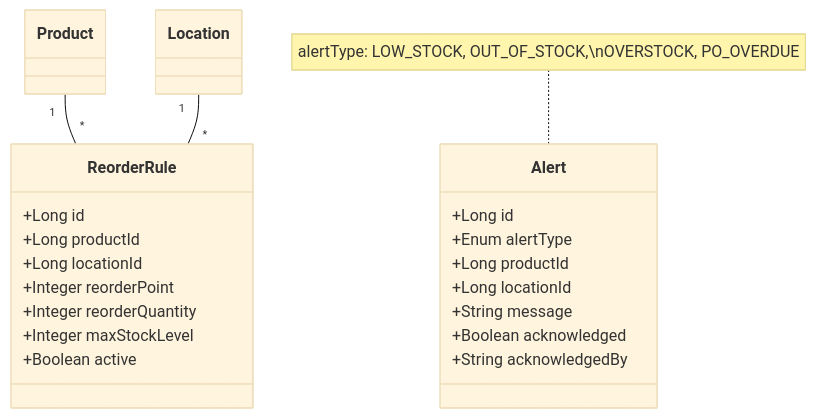
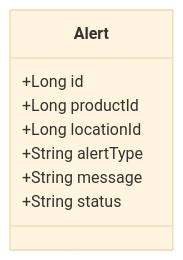
One commit to kirtika-0102/StockSmart changed the eighth of 9 diagrams in docs/class-diagram.md. Above: the diagram before and after it, drawn with Mermaid (base theme). The commit also changed other lines of this file and 74 other files, not shown here.

Commit message:
architecture of application

````diff
--- a/docs/class-diagram.md
+++ b/docs/class-diagram.md
@@ -260,27 +179,11 @@
 ```mermaid
 classDiagram
-    class ReorderRule {
+    class Alert {
         +Long id
         +Long productId
         +Long locationId
-        +Integer reorderPoint
-        +Integer reorderQuantity
-        +Integer maxStockLevel
-        +Boolean active
+        +String alertType
+        +String message
+        +String status
     }
-
-    class Alert {
-        +Long id
-        +Enum alertType
-        +Long productId
-        +Long locationId
-        +String message
-        +Boolean acknowledged
-        +String acknowledgedBy
-    }
-    
-    note for Alert "alertType: LOW_STOCK, OUT_OF_STOCK,\nOVERSTOCK, PO_OVERDUE"
-
-    Product "1" -- "*" ReorderRule
-    Location "1" -- "*" ReorderRule
 ```
````
